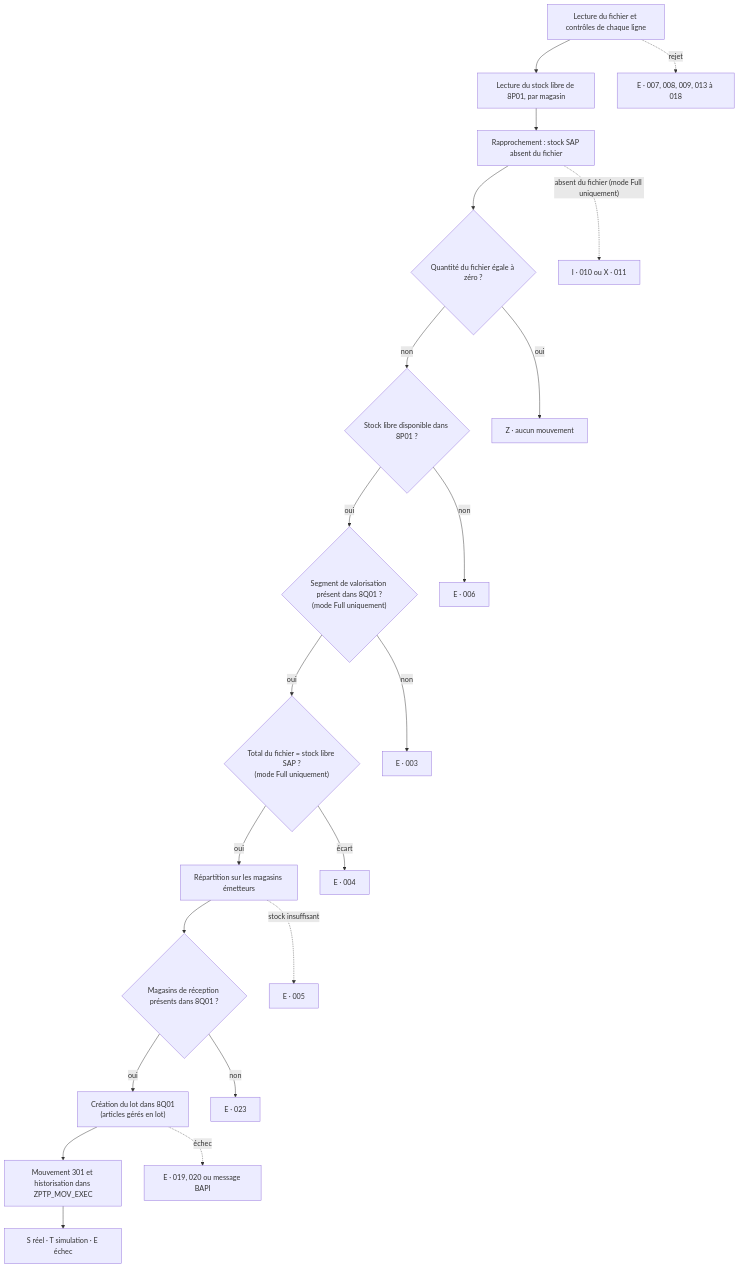
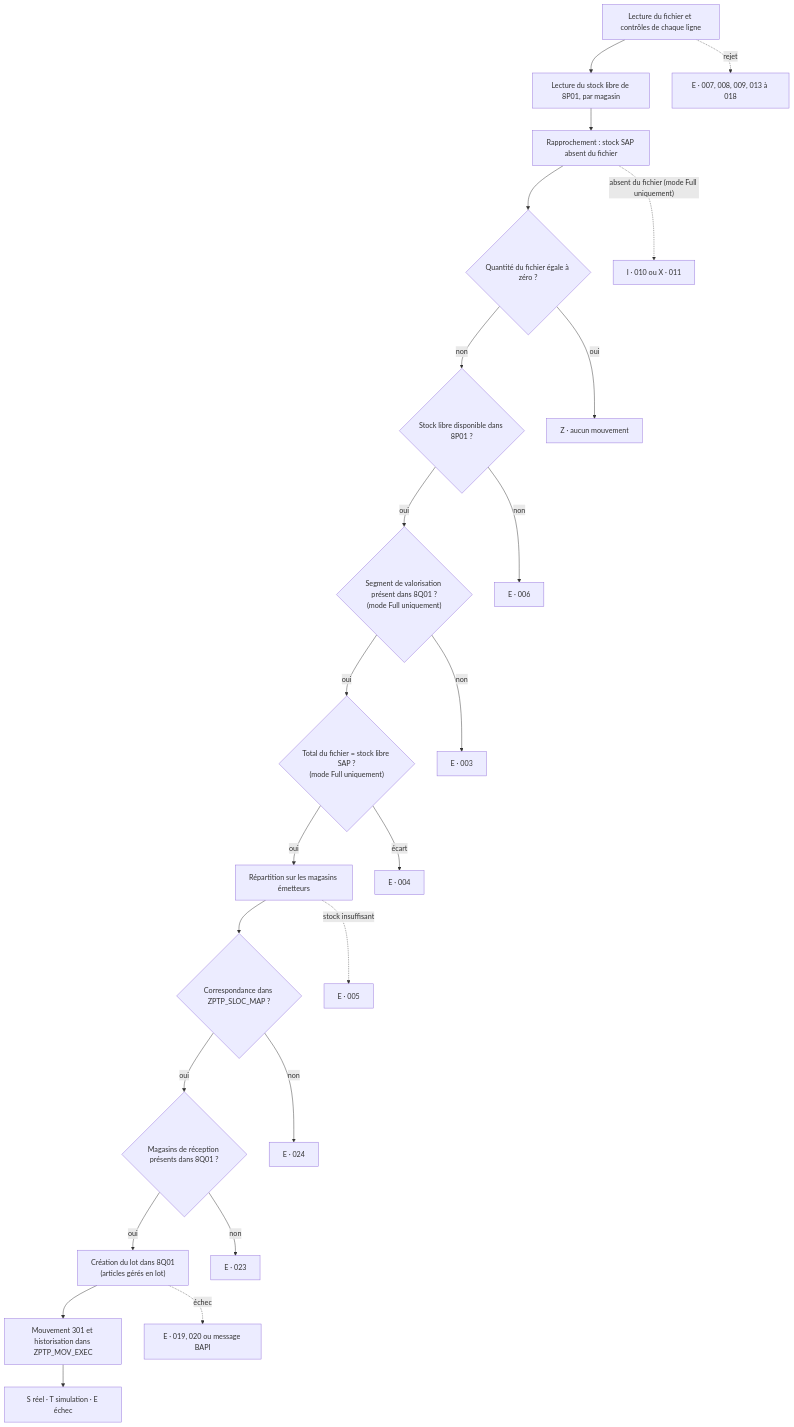
The diagram in ZPTP_SPLIT_VAL_SPEC_FONCTIONNELLE.md (kas68/abap_stocks_batches_migration_report), drawn with Mermaid before and after one commit. The commit also changed other lines of this file and 9 other files, not shown here.

````diff
--- a/ZPTP_SPLIT_VAL_SPEC_FONCTIONNELLE.md
+++ b/ZPTP_SPLIT_VAL_SPEC_FONCTIONNELLE.md
@@ -37,24 +37,26 @@
 ```mermaid
 flowchart TD
     A[Lecture du fichier et contrôles de chaque ligne] --> B[Lecture du stock libre de 8P01, par magasin]
     B --> C[Rapprochement : stock SAP absent du fichier]
     C --> D{Quantité du fichier égale à zéro ?}
     D -- non --> E{Stock libre disponible dans 8P01 ?}
     E -- oui --> F{"Segment de valorisation présent dans 8Q01 ?<br/>(mode Full uniquement)"}
     F -- oui --> G{"Total du fichier = stock libre SAP ?<br/>(mode Full uniquement)"}
     G -- oui --> H[Répartition sur les magasins émetteurs]
-    H --> I{Magasins de réception présents dans 8Q01 ?}
+    H --> M{Correspondance dans ZPTP_SLOC_MAP ?}
+    M -- oui --> I{Magasins de réception présents dans 8Q01 ?}
     I -- oui --> J["Création du lot dans 8Q01<br/>(articles gérés en lot)"]
     J --> K[Mouvement 301 et historisation dans ZPTP_MOV_EXEC]
 
     A -. rejet .-> XA[E · 007, 008, 009, 013 à 018]
     C -. "absent du fichier (mode Full uniquement)" .-> XC[I · 010 ou X · 011]
     D -- oui --> XD[Z · aucun mouvement]
     E -- non --> XE[E · 006]
     F -- non --> XF[E · 003]
     G -- écart --> XG[E · 004]
     H -. stock insuffisant .-> XH[E · 005]
+    M -- non --> XM[E · 024]
     I -- non --> XI[E · 023]
     J -. échec .-> XJ[E · 019, 020 ou message BAPI]
     K --> XK[S réel · T simulation · E échec]
 ```
````
